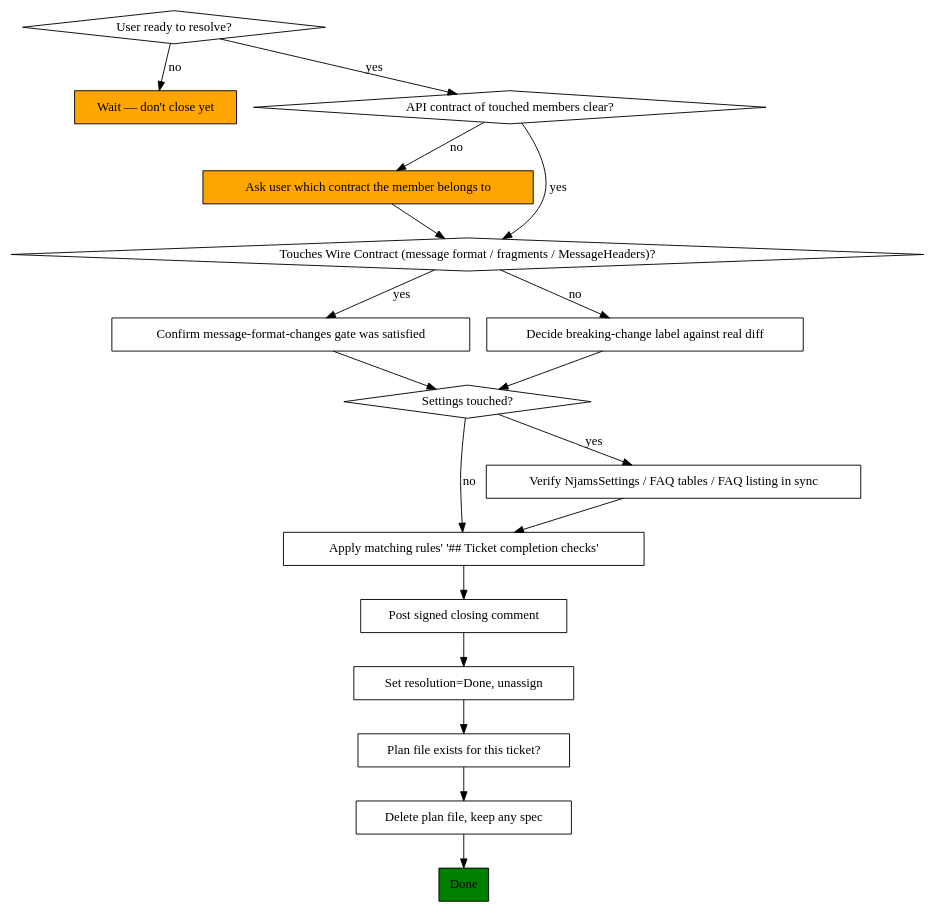
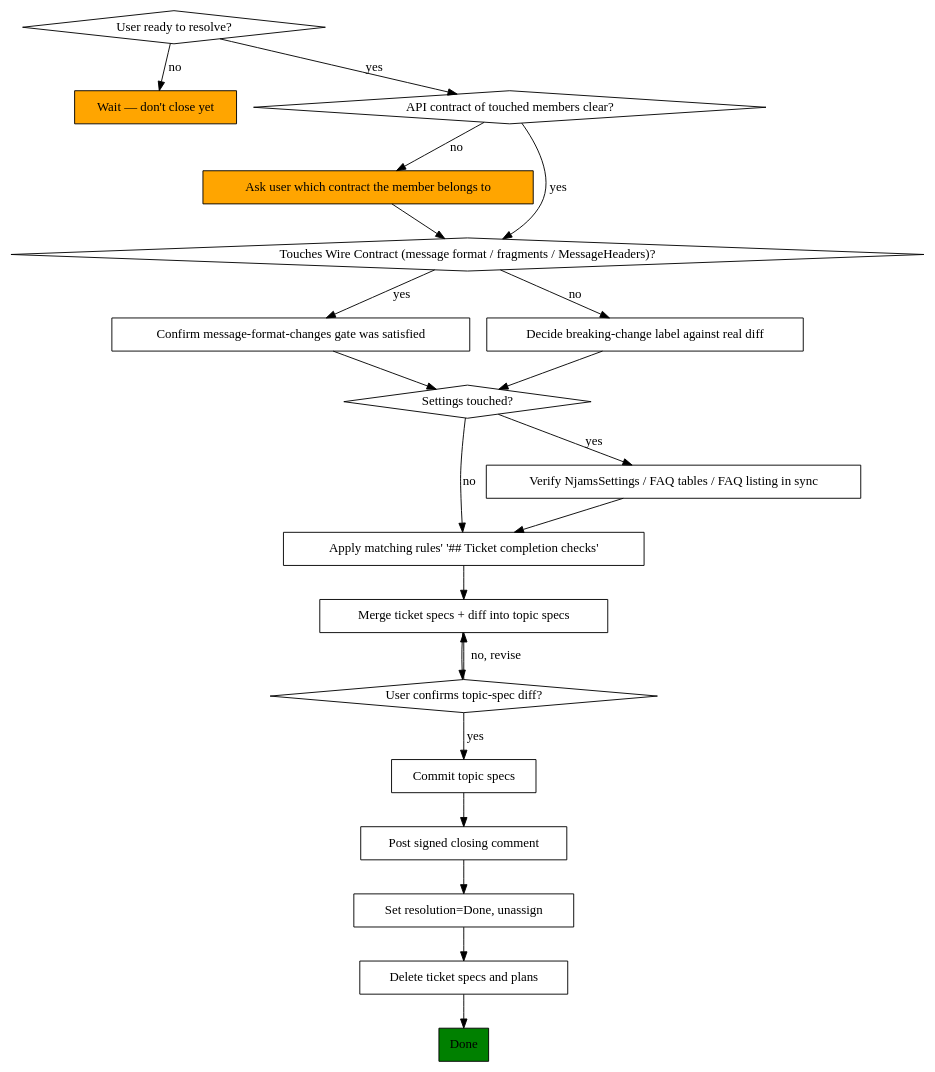
The diagram in .claude/skills/njams-ticket-finish/SKILL.md (IntegrationMatters/njams-sdk), drawn with Graphviz before and after one commit. The commit also changed other lines of this file and 6 other files, not shown here.

Commit message:
Separate ticket specs, which live until their ticket is resolved, from permanent per-topic specs that ticket-finish consolidates them into.

````diff
--- a/.claude/skills/njams-ticket-finish/SKILL.md
+++ b/.claude/skills/njams-ticket-finish/SKILL.md
@@ -39,38 +45,43 @@
 ```dot
 digraph ticket_finish {
     rankdir=TB;
     "User ready to resolve?" [shape=diamond];
     "Wait — don't close yet" [shape=box, style=filled, fillcolor=orange];
     "API contract of touched members clear?" [shape=diamond];
     "Ask user which contract the member belongs to" [shape=box, style=filled, fillcolor=orange];
     "Touches Wire Contract (message format / fragments / MessageHeaders)?" [shape=diamond];
     "Confirm message-format-changes gate was satisfied" [shape=box];
     "Decide breaking-change label against real diff" [shape=box];
     "Settings touched?" [shape=diamond];
     "Apply matching rules' '## Ticket completion checks'" [shape=box];
     "Verify NjamsSettings / FAQ tables / FAQ listing in sync" [shape=box];
+    "Merge ticket specs + diff into topic specs" [shape=box];
+    "User confirms topic-spec diff?" [shape=diamond];
+    "Commit topic specs" [shape=box];
     "Post signed closing comment" [shape=box];
     "Set resolution=Done, unassign" [shape=box];
-    "Plan file exists for this ticket?" [shape=box];
-    "Delete plan file, keep any spec" [shape=box];
+    "Delete ticket specs and plans" [shape=box];
     "Done" [shape=box, style=filled, fillcolor=green];
 
     "User ready to resolve?" -> "Wait — don't close yet" [label="no"];
     "User ready to resolve?" -> "API contract of touched members clear?" [label="yes"];
     "API contract of touched members clear?" -> "Ask user which contract the member belongs to" [label="no"];
     "Ask user which contract the member belongs to" -> "Touches Wire Contract (message format / fragments / MessageHeaders)?";
     "API contract of touched members clear?" -> "Touches Wire Contract (message format / fragments / MessageHeaders)?" [label="yes"];
     "Touches Wire Contract (message format / fragments / MessageHeaders)?" -> "Confirm message-format-changes gate was satisfied" [label="yes"];
     "Touches Wire Contract (message format / fragments / MessageHeaders)?" -> "Decide breaking-change label against real diff" [label="no"];
     "Confirm message-format-changes gate was satisfied" -> "Settings touched?";
     "Decide breaking-change label against real diff" -> "Settings touched?";
     "Settings touched?" -> "Verify NjamsSettings / FAQ tables / FAQ listing in sync" [label="yes"];
     "Settings touched?" -> "Apply matching rules' '## Ticket completion checks'" [label="no"];
     "Verify NjamsSettings / FAQ tables / FAQ listing in sync" -> "Apply matching rules' '## Ticket completion checks'";
-    "Apply matching rules' '## Ticket completion checks'" -> "Post signed closing comment";
+    "Apply matching rules' '## Ticket completion checks'" -> "Merge ticket specs + diff into topic specs";
+    "Merge ticket specs + diff into topic specs" -> "User confirms topic-spec diff?";
+    "User confirms topic-spec diff?" -> "Merge ticket specs + diff into topic specs" [label="no, revise"];
+    "User confirms topic-spec diff?" -> "Commit topic specs" [label="yes"];
+    "Commit topic specs" -> "Post signed closing comment";
     "Post signed closing comment" -> "Set resolution=Done, unassign";
-    "Set resolution=Done, unassign" -> "Plan file exists for this ticket?";
-    "Plan file exists for this ticket?" -> "Delete plan file, keep any spec";
-    "Delete plan file, keep any spec" -> "Done";
+    "Set resolution=Done, unassign" -> "Delete ticket specs and plans";
+    "Delete ticket specs and plans" -> "Done";
 }
 ```
````
